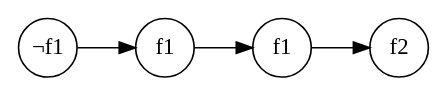
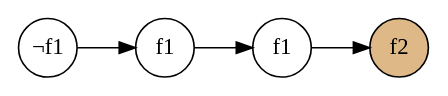
The first of 4 diagrams in src/mc5/mc5.1.md (sinotca529/glab-seminar), drawn with Graphviz before and after one commit. The commit also changed other lines of this file and 2 other files, not shown here.

````diff
--- a/src/mc5/mc5.1.md
+++ b/src/mc5/mc5.1.md
@@ -123,11 +105,11 @@
-```graphviz
+```graphviz {caption="ループ直前"}
 digraph G {
     graph [rankdir=LR]
     node [shape=circle, style=filled, fillcolor="white", fixedsize="true"]
     N0 [label="¬f1"]
     N1 [label="f1"]
     N2 [label="f1"]
-    N3 [label="f2"]
+    N3 [label="f2", fillcolor="burlywood"]
     N0 -> N1 -> N2 -> N3
 }
 ```
````
